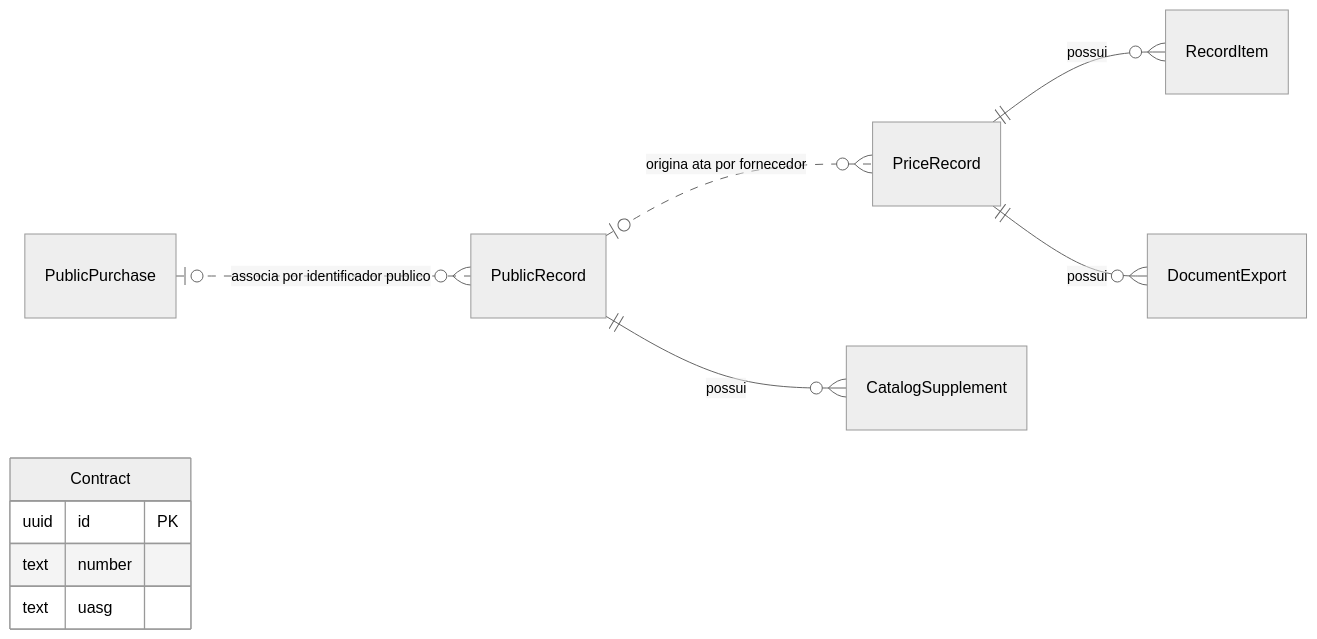
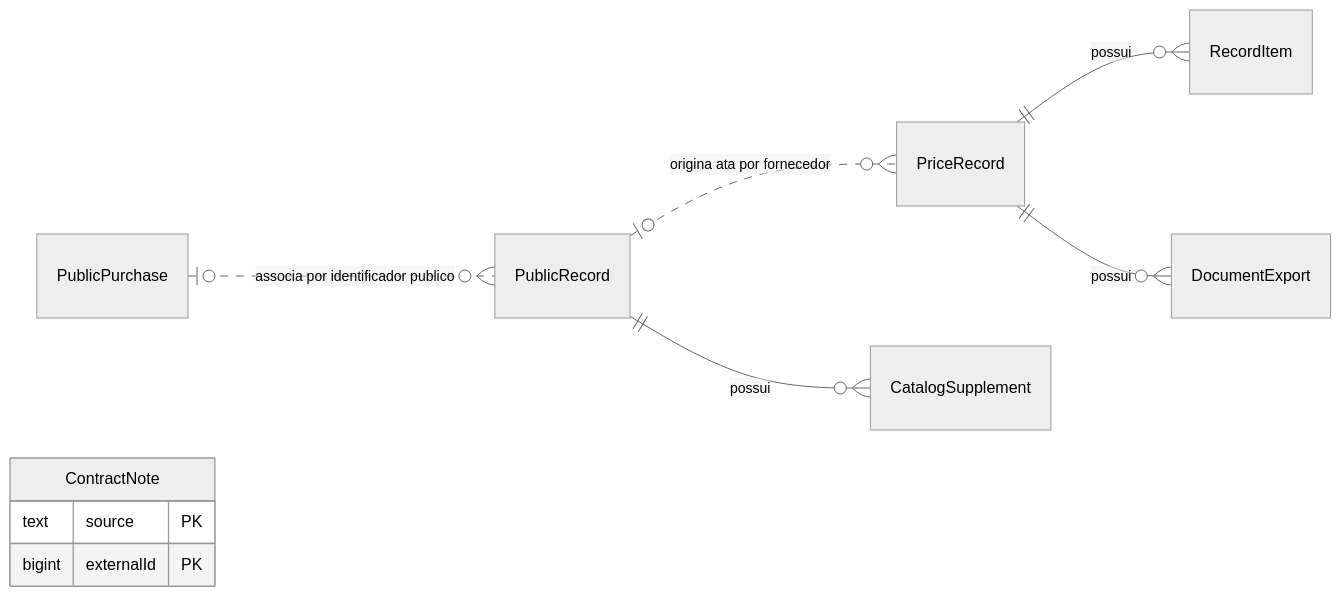
Before and after one commit to LucasVolp/contratos-ext: the second of 2 diagrams in docs/diagrama-entidade-relacionamento.md, drawn with Mermaid (neutral theme). The commit also changed other lines of this file and 3 other files, not shown here.

````diff
--- a/docs/diagrama-entidade-relacionamento.md
+++ b/docs/diagrama-entidade-relacionamento.md
@@ -206,16 +194,15 @@
 ```mermaid
 erDiagram
     direction LR
 
     PublicPurchase |o..o{ PublicRecord : "associa por identificador publico"
     PublicRecord |o..o{ PriceRecord : "origina ata por fornecedor"
     PublicRecord ||--o{ CatalogSupplement : "possui"
     PriceRecord ||--o{ RecordItem : "possui"
     PriceRecord ||--o{ DocumentExport : "possui"
 
-    Contract {
-        uuid id PK
-        text number
-        text uasg
+    ContractNote {
+        text source PK
+        bigint externalId PK
     }
 ```
````
